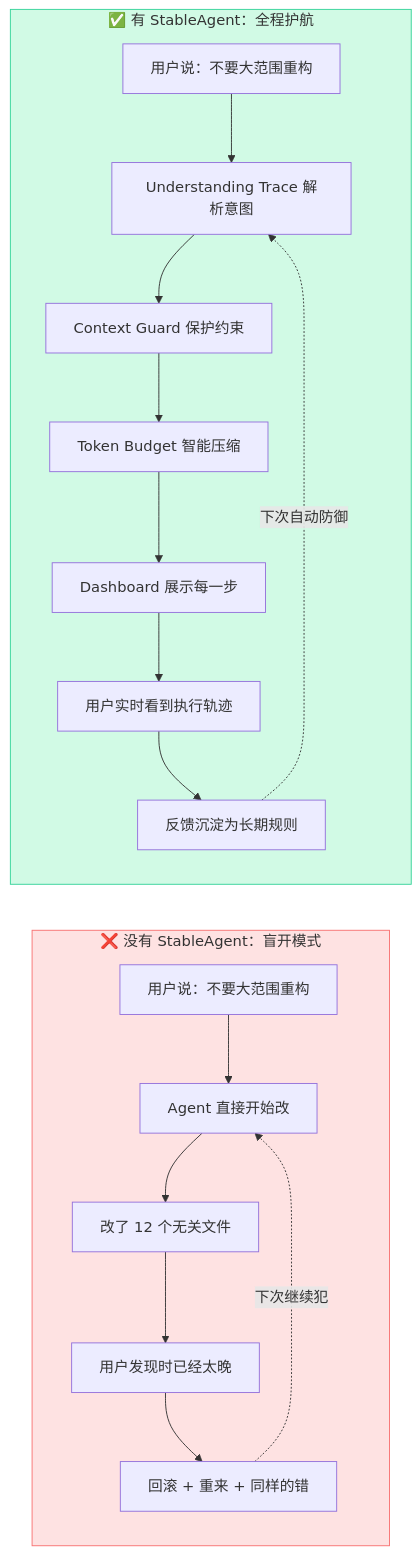
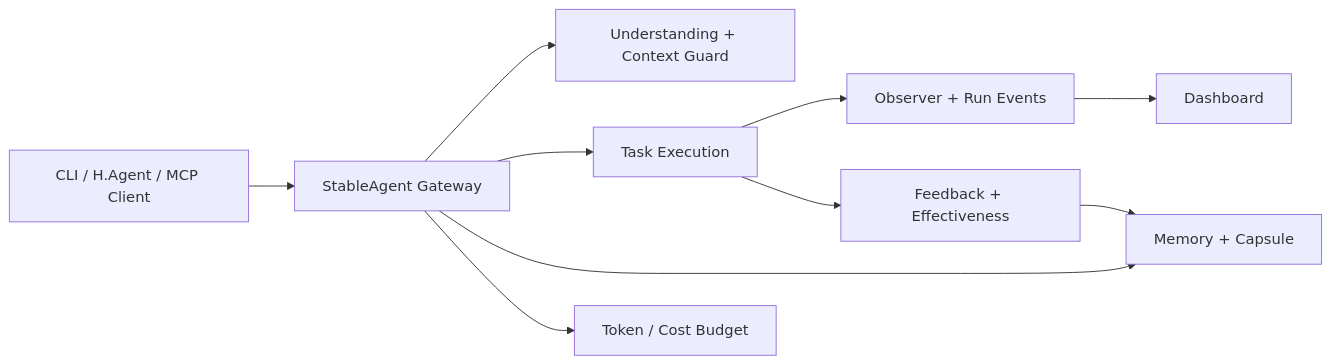
Before and after one commit to liuanye9-lab/OS-Agent: the first of 5 diagrams in README.md, drawn with Mermaid. The commit also changed other lines of this file, not shown here.

Commit message:
docs: rebuild visual StableAgent README

````diff
--- a/README.md
+++ b/README.md
@@ -927,25 +22,12 @@
 ```mermaid
 flowchart LR
-    subgraph WITHOUT["❌ 没有 StableAgent：盲开模式"]
-        direction TB
-        W1["用户说：不要大范围重构"] --> W2["Agent 直接开始改"]
-        W2 --> W3["改了 12 个无关文件"]
-        W3 --> W4["用户发现时已经太晚"]
-        W4 --> W5["回滚 + 重来 + 同样的错"]
-        W5 -.->|"下次继续犯"| W2
-    end
-
-    subgraph WITH["✅ 有 StableAgent：全程护航"]
-        direction TB
-        V1["用户说：不要大范围重构"] --> V2["Understanding Trace 解析意图"]
-        V2 --> V3["Context Guard 保护约束"]
-        V3 --> V4["Token Budget 智能压缩"]
-        V4 --> V5["Dashboard 展示每一步"]
-        V5 --> V6["用户实时看到执行轨迹"]
-        V6 --> V7["反馈沉淀为长期规则"]
-        V7 -.->|"下次自动防御"| V2
-    end
-
-    style WITHOUT fill:#fee2e2,stroke:#f87171
-    style WITH fill:#d1fae5,stroke:#34d399
+    C["CLI / H.Agent / MCP Client"] --> G["StableAgent Gateway"]
+    G --> U["Understanding + Context Guard"]
+    G --> E["Task Execution"]
+    G --> M["Memory + Capsule"]
+    G --> B["Token / Cost Budget"]
+    E --> O["Observer + Run Events"]
+    E --> F["Feedback + Effectiveness"]
+    O --> D["Dashboard"]
+    F --> M
 ```
````
